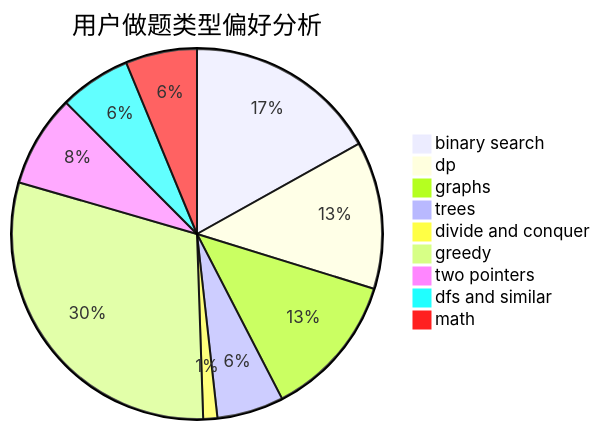
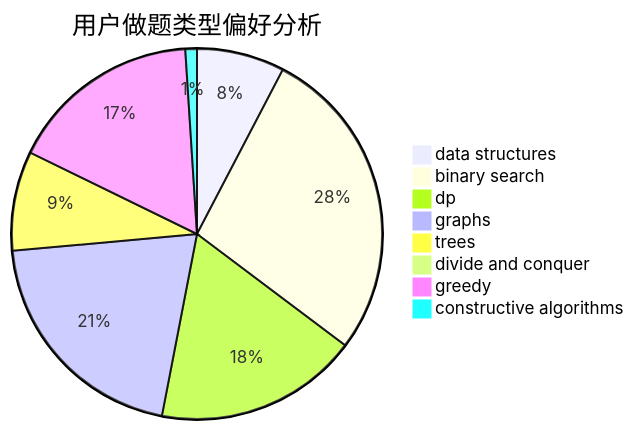
One commit to sherpahu/cfrs.github.io changed the second of 3 diagrams in docs/user/u455.md. Above: the diagram before and after it, drawn with Mermaid. The commit also changed other lines of this file and 2775 other files, not shown here.

````diff
--- a/docs/user/u455.md
+++ b/docs/user/u455.md
@@ -23,12 +23,11 @@
 ```mermaid
 pie title 用户做题类型偏好分析
-    "binary search" :  206
-    "dp" :  157
-    "graphs" :  154
-    "trees" :  71
-    "divide and conquer" :  15
-    "greedy" :  366
-    "two pointers" :  98
-    "dfs and similar" :  76
-    "math" :  76
+    "data structures" :  53
+    "binary search" :  191
+    "dp" :  123
+    "graphs" :  142
+    "trees" :  60
+    "divide and conquer" :  0
+    "greedy" :  116
+    "constructive algorithms" :  7
 ```
````
